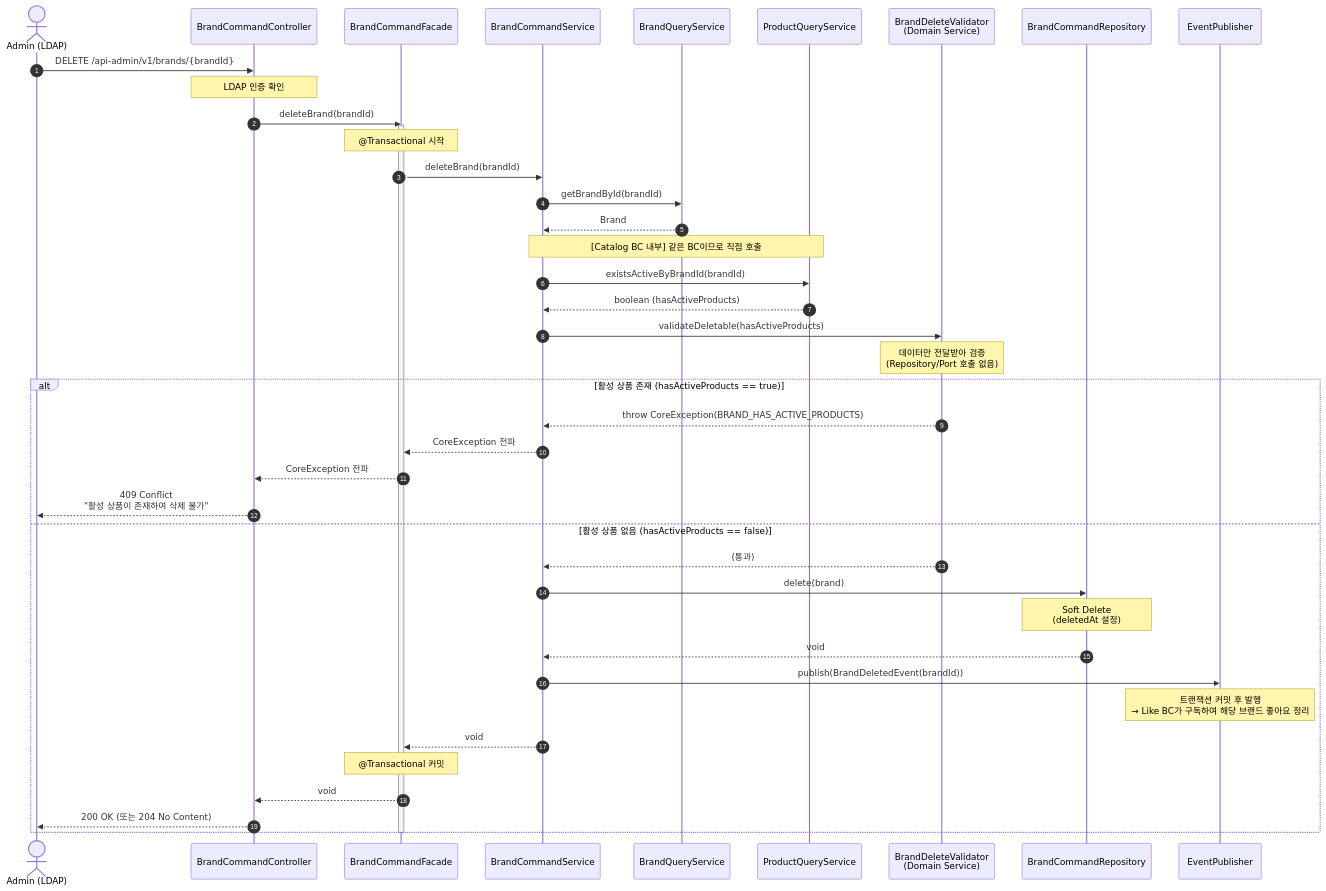
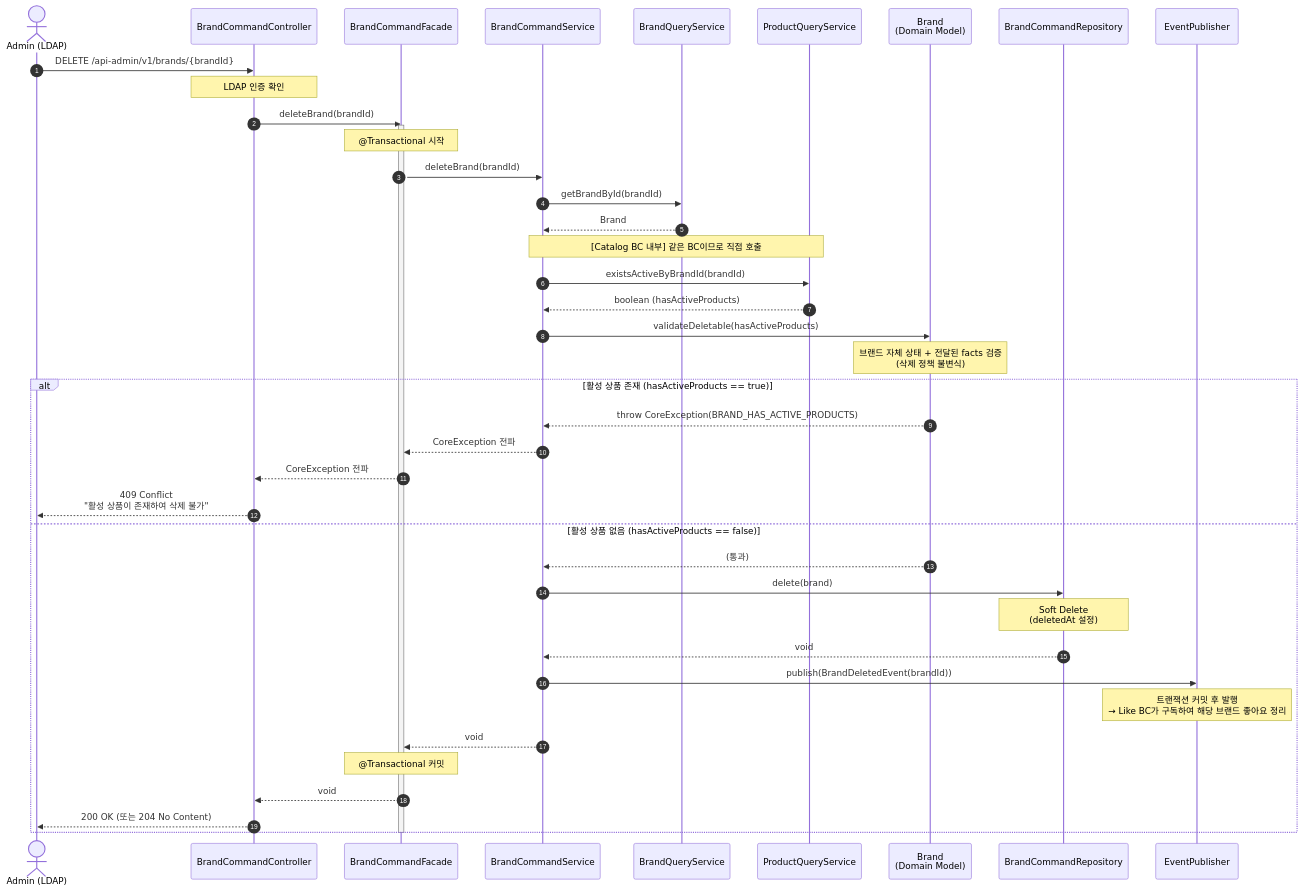
The fifth of 30 diagrams in docs/design/02-sequence-diagrams.md (Hwan0518/loop-pack-be-l2-vol3-java), drawn with Mermaid before and after one commit. The commit also changed other lines of this file and 474 other files, not shown here.

````diff
--- a/docs/design/02-sequence-diagrams.md
+++ b/docs/design/02-sequence-diagrams.md
@@ -313,52 +331,52 @@
 ```mermaid
 sequenceDiagram
     autonumber
     actor Admin as Admin (LDAP)
     participant Controller as BrandCommandController
     participant Facade as BrandCommandFacade
     participant Service as BrandCommandService
     participant QService as BrandQueryService
     participant ProdQService as ProductQueryService
-    participant DomainService as BrandDeleteValidator<br/>(Domain Service)
+    participant BrandModel as Brand<br/>(Domain Model)
     participant Repository as BrandCommandRepository
     participant EventPublisher as EventPublisher
 
     Admin->>Controller: DELETE /api-admin/v1/brands/{brandId}
     Note over Controller: LDAP 인증 확인
     Controller->>Facade: deleteBrand(brandId)
     activate Facade
     Note over Facade: @Transactional 시작
 
     Facade->>Service: deleteBrand(brandId)
 
     Service->>QService: getBrandById(brandId)
     QService-->>Service: Brand
 
     Note over Service,ProdQService: [Catalog BC 내부] 같은 BC이므로 직접 호출
     Service->>ProdQService: existsActiveByBrandId(brandId)
     ProdQService-->>Service: boolean (hasActiveProducts)
 
-    Service->>DomainService: validateDeletable(hasActiveProducts)
-    Note over DomainService: 데이터만 전달받아 검증<br/>(Repository/Port 호출 없음)
+    Service->>BrandModel: validateDeletable(hasActiveProducts)
+    Note over BrandModel: 브랜드 자체 상태 + 전달된 facts 검증<br/>(삭제 정책 불변식)
 
     alt 활성 상품 존재 (hasActiveProducts == true)
-        DomainService-->>Service: throw CoreException(BRAND_HAS_ACTIVE_PRODUCTS)
+        BrandModel-->>Service: throw CoreException(BRAND_HAS_ACTIVE_PRODUCTS)
         Service-->>Facade: CoreException 전파
         Facade-->>Controller: CoreException 전파
         Controller-->>Admin: 409 Conflict<br/>"활성 상품이 존재하여 삭제 불가"
     else 활성 상품 없음 (hasActiveProducts == false)
-        DomainService-->>Service: (통과)
+        BrandModel-->>Service: (통과)
         Service->>Repository: delete(brand)
         Note over Repository: Soft Delete<br/>(deletedAt 설정)
         Repository-->>Service: void
 
         Service->>EventPublisher: publish(BrandDeletedEvent(brandId))
         Note over EventPublisher: 트랜잭션 커밋 후 발행<br/>→ Like BC가 구독하여 해당 브랜드 좋아요 정리
 
         Service-->>Facade: void
         Note over Facade: @Transactional 커밋
         Facade-->>Controller: void
         Controller-->>Admin: 200 OK (또는 204 No Content)
     end
     deactivate Facade
 ```
````
